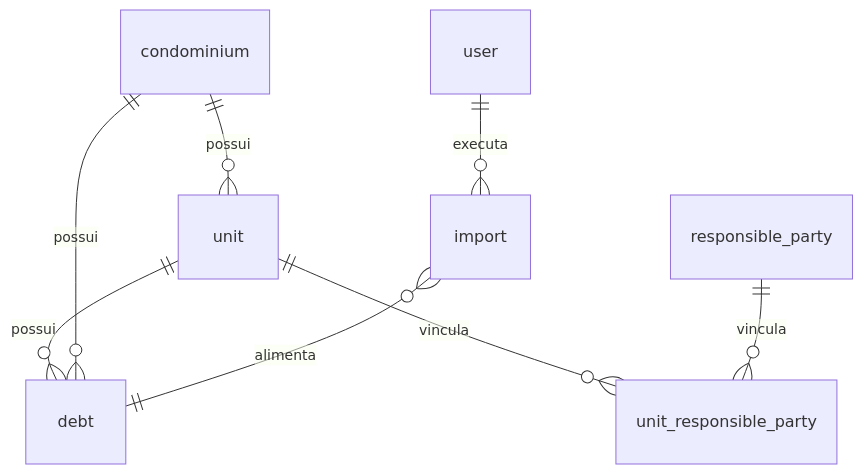
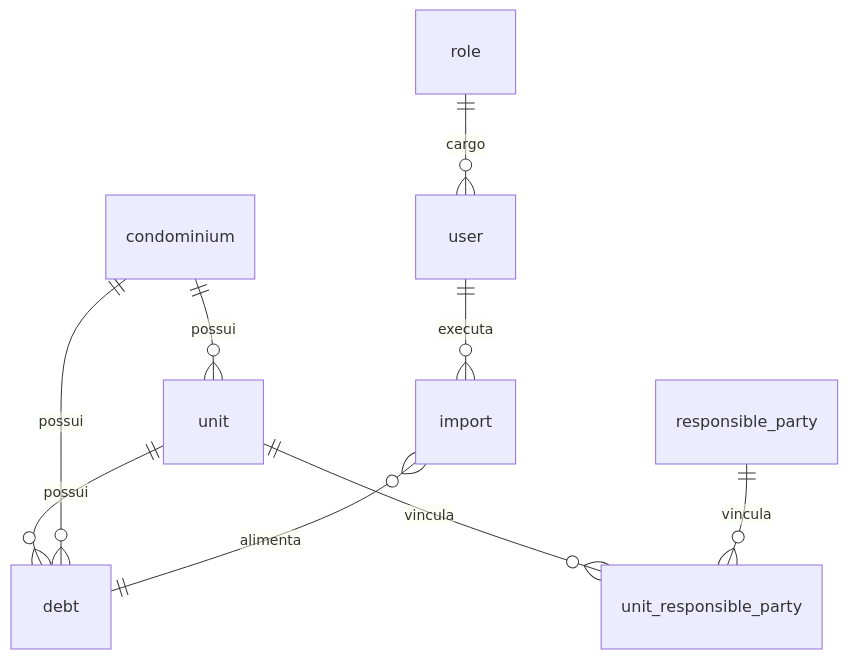
Before and after one commit to prestei/cobranca-condominial: the diagram in docs/MATRIZ_AUDITORIA_IMPORTACAO_FASE1_T01.md, drawn with Mermaid. The commit also changed other lines of this file and 77 other files, not shown here.

````diff
--- a/docs/MATRIZ_AUDITORIA_IMPORTACAO_FASE1_T01.md
+++ b/docs/MATRIZ_AUDITORIA_IMPORTACAO_FASE1_T01.md
@@ -70,10 +78,11 @@
 ```mermaid
 erDiagram
   condominium ||--o{ unit : possui
   unit ||--o{ debt : possui
   condominium ||--o{ debt : possui
   unit ||--o{ unit_responsible_party : vincula
   responsible_party ||--o{ unit_responsible_party : vincula
   user ||--o{ import : executa
   import }o--|| debt : alimenta
+  role ||--o{ user : cargo
 ```
````
